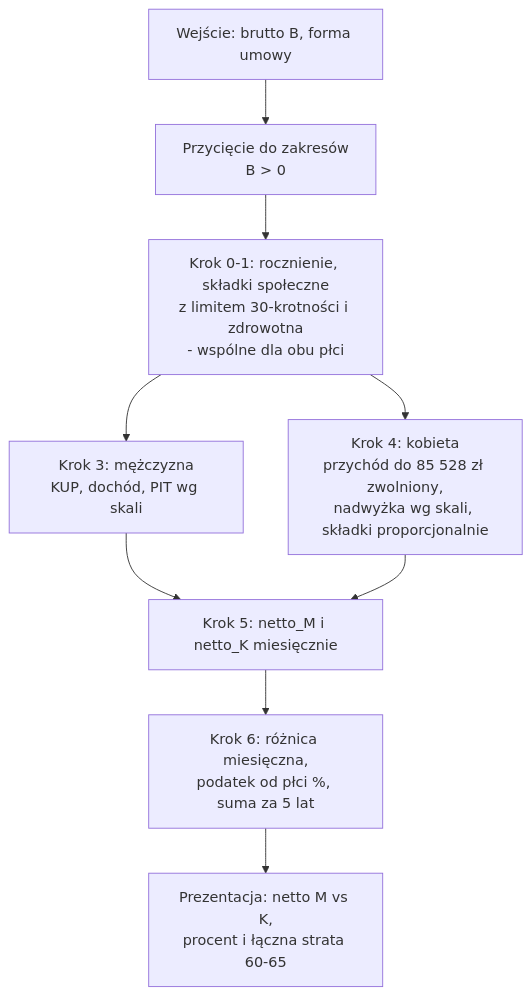
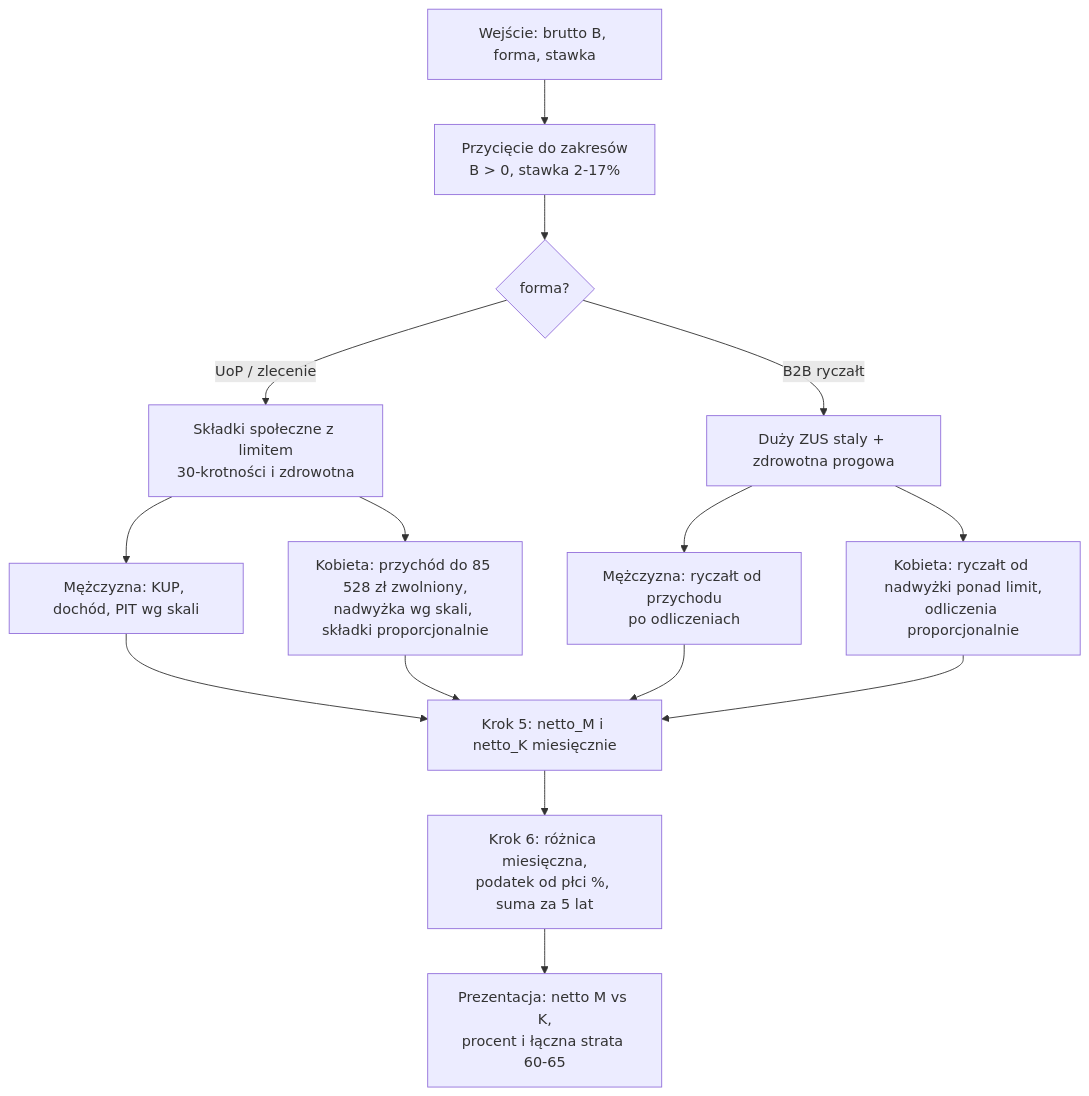
One commit to karol-gro/meska-emerytura changed the diagram in docs/PIT-0-ALGORYTM.md. Above: the diagram before and after it, drawn with Mermaid. The commit also changed other lines of this file and 8 other files, not shown here.

````diff
--- a/docs/PIT-0-ALGORYTM.md
+++ b/docs/PIT-0-ALGORYTM.md
@@ -192,11 +253,17 @@
 ```mermaid
 flowchart TD
-    A[Wejście: brutto B, forma umowy] --> B[Przycięcie do zakresów<br/>B > 0]
-    B --> C[Krok 0-1: rocznienie, składki społeczne<br/>z limitem 30-krotności i zdrowotna<br/>- wspólne dla obu płci]
-    C --> D[Krok 3: mężczyzna<br/>KUP, dochód, PIT wg skali]
-    C --> E[Krok 4: kobieta<br/>przychód do 85 528 zł zwolniony,<br/>nadwyżka wg skali, składki proporcjonalnie]
+    A[Wejście: brutto B, forma, stawka] --> B[Przycięcie do zakresów<br/>B > 0, stawka 2-17%]
+    B --> Q{forma?}
+    Q -- UoP / zlecenie --> C[Składki społeczne z limitem<br/>30-krotności i zdrowotna]
+    C --> D[Mężczyzna: KUP, dochód, PIT wg skali]
+    C --> E[Kobieta: przychód do 85 528 zł zwolniony,<br/>nadwyżka wg skali, składki proporcjonalnie]
+    Q -- B2B ryczałt --> C2[Duży ZUS staly + zdrowotna progowa]
+    C2 --> D2[Mężczyzna: ryczałt od przychodu<br/>po odliczeniach]
+    C2 --> E2[Kobieta: ryczałt od nadwyżki ponad limit,<br/>odliczenia proporcjonalnie]
     D --> F[Krok 5: netto_M i netto_K miesięcznie]
     E --> F
+    D2 --> F
+    E2 --> F
     F --> H[Krok 6: różnica miesięczna,<br/>podatek od płci %, suma za 5 lat]
     H --> I[Prezentacja: netto M vs K,<br/>procent i łączna strata 60-65]
 ```
````
